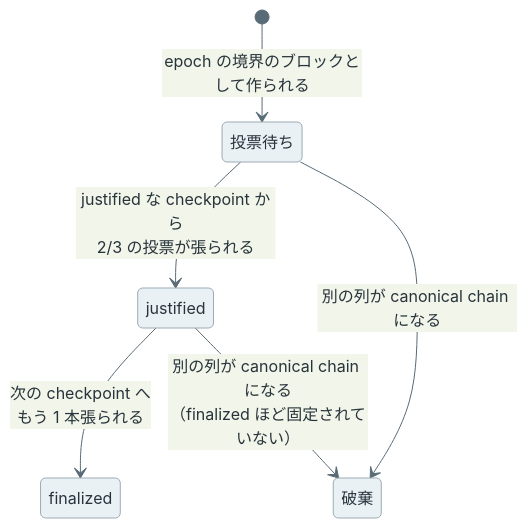
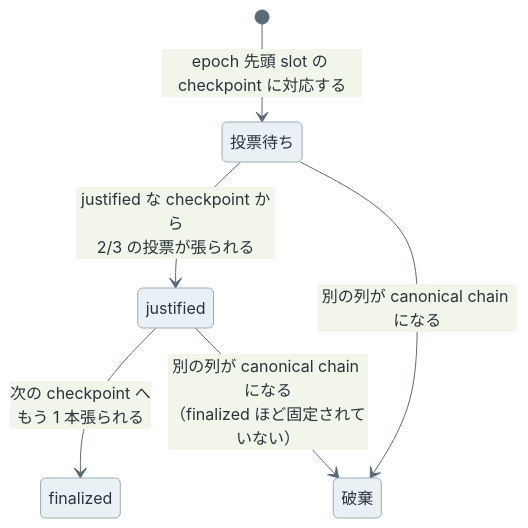
Before and after one commit to nao1215/debimate: the fifth of 9 diagrams in content/notes/blockchain-systems/finality/index.md, drawn with Mermaid. The commit also changed other lines of this file and 90 other files, not shown here.

````diff
--- a/content/notes/blockchain-systems/finality/index.md
+++ b/content/notes/blockchain-systems/finality/index.md
@@ -132,9 +132,9 @@
 ```mermaid
 %%{init: {"theme":"base","themeVariables":{"primaryColor":"#eaf1f5","primaryTextColor":"#28343b","primaryBorderColor":"#9cabb5","lineColor":"#596b76","textColor":"#28343b","actorBkg":"#eaf1f5","actorBorder":"#9cabb5","actorTextColor":"#28343b","actorLineColor":"#9cabb5","signalColor":"#596b76","signalTextColor":"#28343b","noteBkgColor":"#f7f1e5","noteBorderColor":"#c5b99b","noteTextColor":"#403c32","activationBkgColor":"#edf3ef","activationBorderColor":"#9aafa1"}}}%%
 stateDiagram-v2
-    [*] --> 投票待ち: epoch の境界のブロックとして作られる
+    [*] --> 投票待ち: epoch 先頭 slot の checkpoint に対応する
     投票待ち --> justified: justified な checkpoint から<br/>2/3 の投票が張られる
     justified --> finalized: 次の checkpoint へ<br/>もう 1 本張られる
     投票待ち --> 破棄: 別の列が canonical chain になる
     justified --> 破棄: 別の列が canonical chain になる<br/>（finalized ほど固定されていない）
 ```
````
